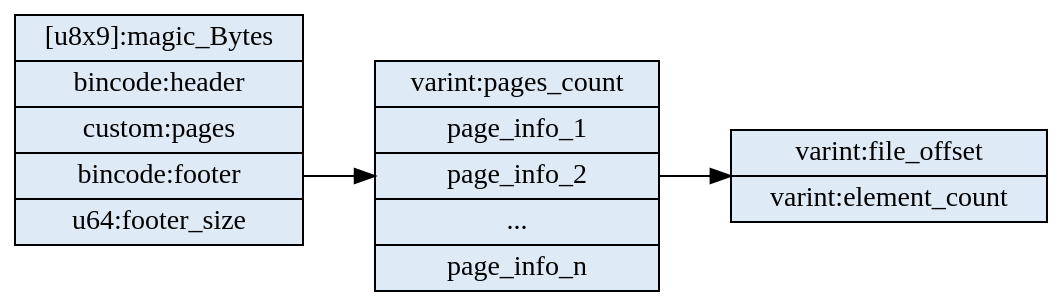
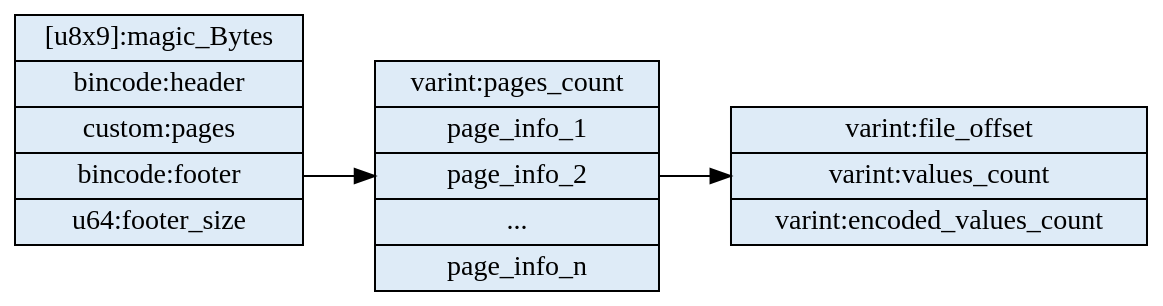
One commit to wmedrano/wills-columnar-format changed the seventh of 9 diagrams in wills-columnar-format.org. Above: the diagram before and after it, drawn with Graphviz. The commit also changed other lines of this file and 16 other files, not shown here.

```diff
--- a/wills-columnar-format.org
+++ b/wills-columnar-format.org
@@ -788,12 +796,12 @@
-#+begin_src dot :file format-diagram-footer.png :exports results
+#+begin_src dot :file images/format-diagram-footer.png :exports results
   digraph Footer {
       bgcolor="transparent";
       node[colorscheme=blues3, fillcolor=1, color=black, style=filled, shape=record, fontname="fira code"];
       rankdir="LR";
       overview[label="[u8x9]:magic_Bytes|bincode:header|<pages>custom:pages|<footer>bincode:footer|u64:footer_size"];
       footer[label="varint:pages_count|page_info_1|<page_info_2>page_info_2|...|page_info_n"];
-      page_info[label="varint:file_offset|varint:element_count"];
+      page_info[label="varint:file_offset|varint:values_count|varint:encoded_values_count"];
       overview:footer -> footer;
       footer:page_info_2 -> page_info;
   }
 #+end_src
```
